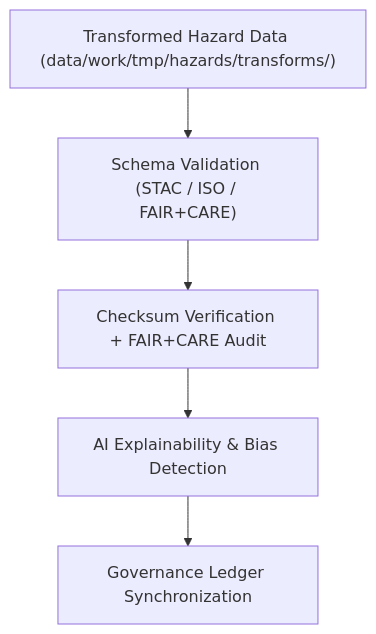
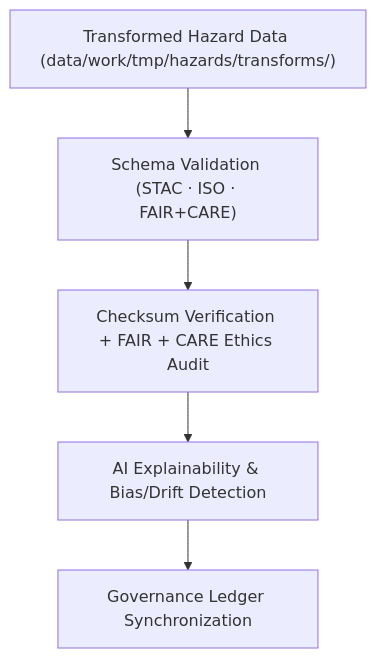
Before and after one commit to bartytime4life/Kansas-Frontier-Matrix: the diagram in data/work/tmp/hazards/validation/README.md, drawn with Mermaid. The commit also changed other lines of this file, not shown here.

````diff
--- a/data/work/tmp/hazards/validation/README.md
+++ b/data/work/tmp/hazards/validation/README.md
@@ -65,7 +67,7 @@
 ```mermaid
 flowchart TD
-    A["Transformed Hazard Data (data/work/tmp/hazards/transforms/)"] --> B["Schema Validation (STAC / ISO / FAIR+CARE)"]
-    B --> C["Checksum Verification + FAIR+CARE Audit"]
-    C --> D["AI Explainability & Bias Detection"]
+    A["Transformed Hazard Data (data/work/tmp/hazards/transforms/)"] --> B["Schema Validation (STAC · ISO · FAIR+CARE)"]
+    B --> C["Checksum Verification + FAIR + CARE Ethics Audit"]
+    C --> D["AI Explainability & Bias/Drift Detection"]
     D --> E["Governance Ledger Synchronization"]
 ```
````
